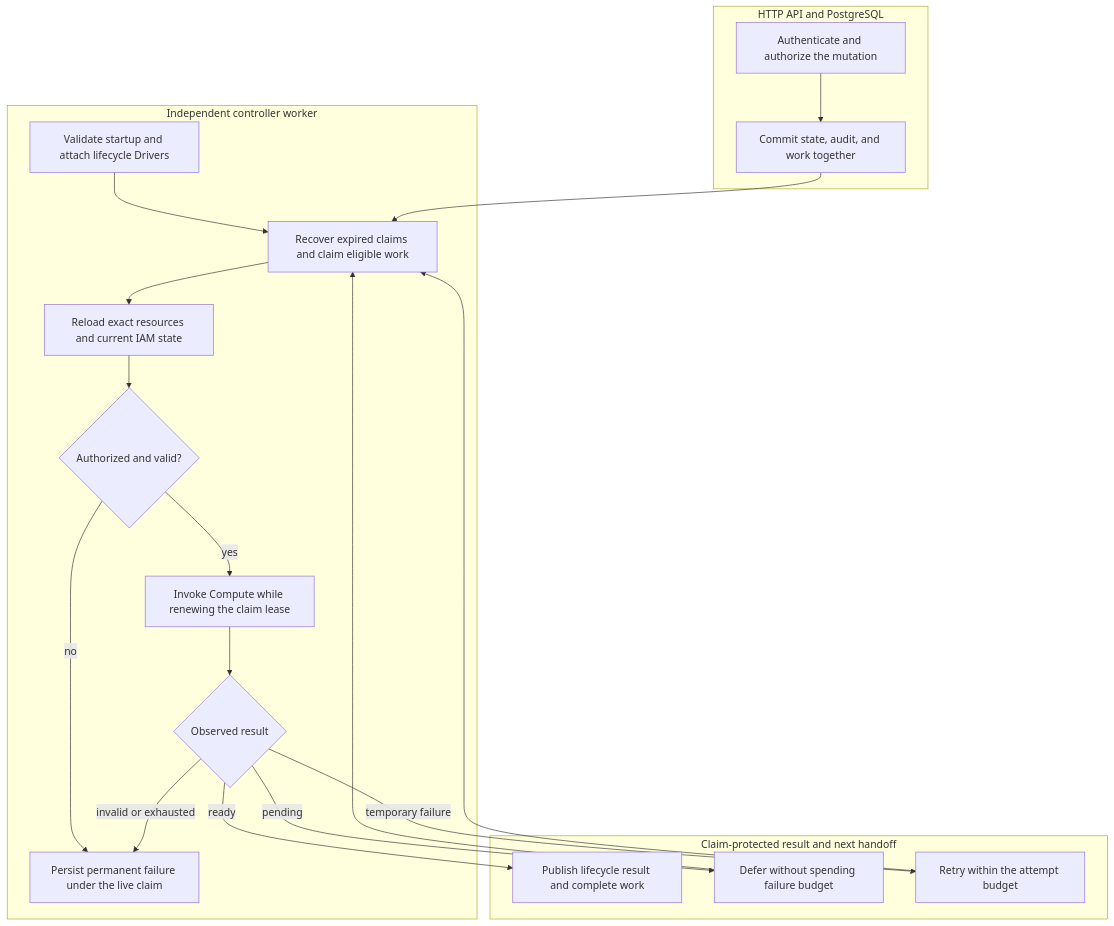
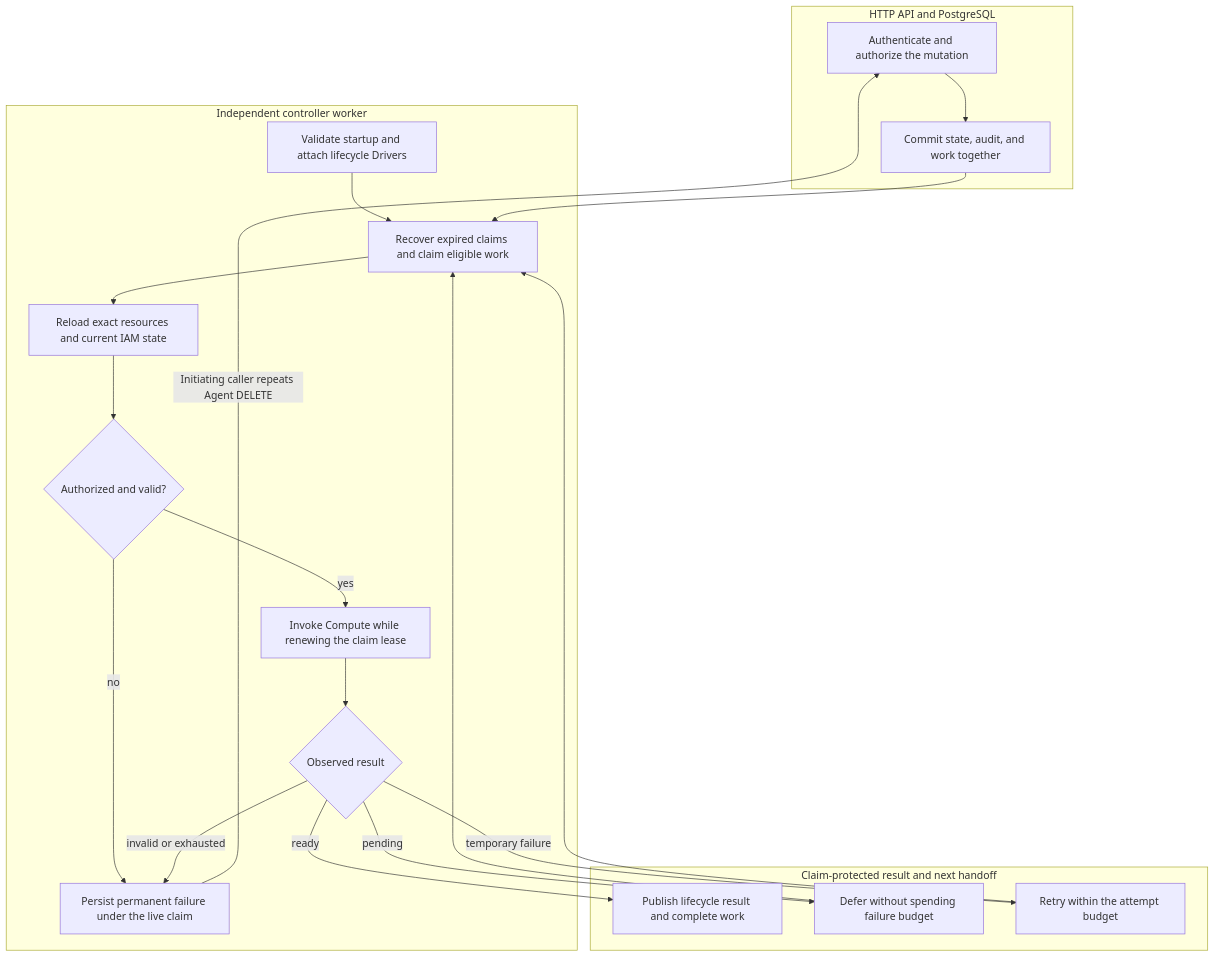
Before and after one commit to IsaiahStapleton/openclaw-enterprise: the diagram in docs/flows/controller-worker.md, drawn with Mermaid. The commit also changed other lines of this file and 12 other files, not shown here.

Commit message:
fix(occ): retry exhausted Agent deletion through DELETE (#528)

````diff
--- a/docs/flows/controller-worker.md
+++ b/docs/flows/controller-worker.md
@@ -31,23 +31,24 @@
 ```mermaid
 graph TD
     subgraph Admission["HTTP API and PostgreSQL"]
         A["Authenticate and authorize the mutation"] --> B["Commit state, audit, and work together"]
     end
     subgraph Worker["Independent controller worker"]
         C["Validate startup and attach lifecycle Drivers"] --> D["Recover expired claims and claim eligible work"]
         B --> D
         D --> E["Reload exact resources and current IAM state"]
         E --> F{"Authorized and valid?"}
         F -->|yes| G["Invoke Compute while renewing the claim lease"]
         F -->|no| H["Persist permanent failure under the live claim"]
         G --> I{"Observed result"}
     end
     subgraph Outcome["Claim-protected result and next handoff"]
         I -->|ready| J["Publish lifecycle result and complete work"]
         I -->|pending| K["Defer without spending failure budget"]
         I -->|temporary failure| L["Retry within the attempt budget"]
         I -->|invalid or exhausted| H
         K --> D
         L --> D
+        H -->|"Initiating caller repeats Agent DELETE"| A
     end
 ```
````
